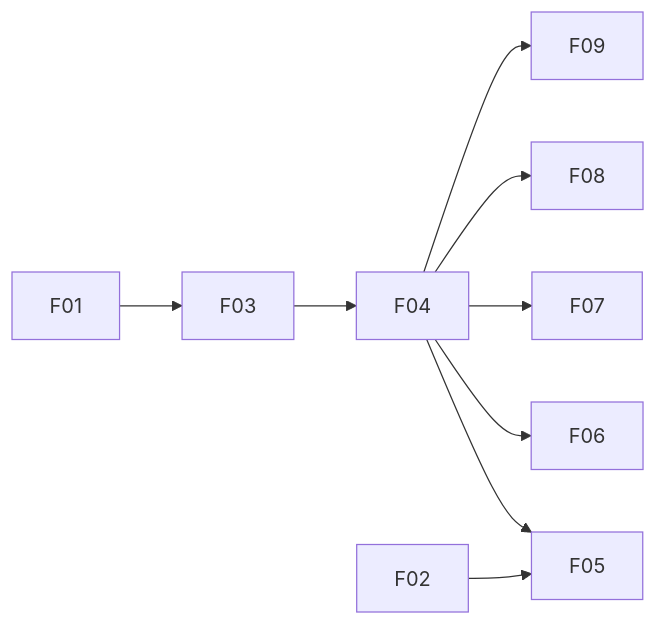
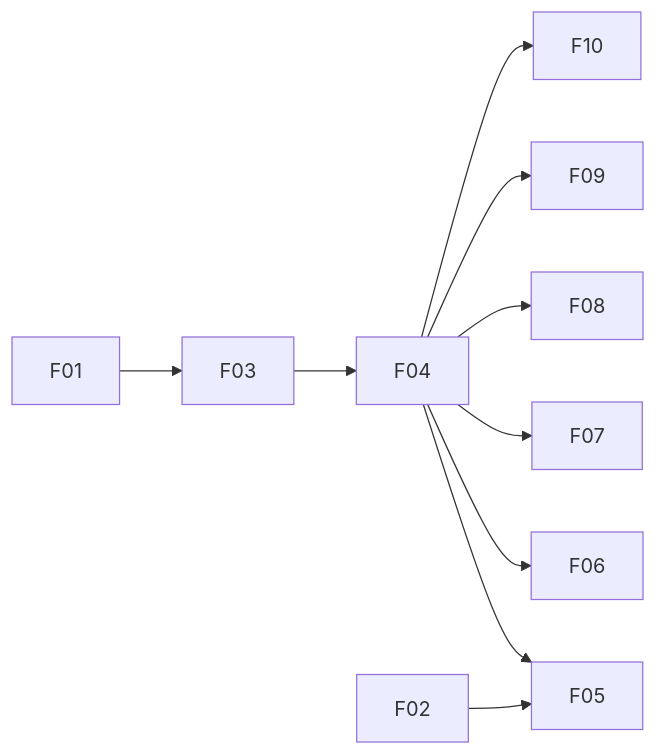
The diagram in docs/requirements.md (ZJUCao/troy-mode-trial), drawn with Mermaid before and after one commit. The commit also changed other lines of this file and 2 other files, not shown here.

````diff
--- a/docs/requirements.md
+++ b/docs/requirements.md
@@ -87,11 +92,12 @@
 ```mermaid
 flowchart LR
   F01 --> F03
   F03 --> F04
   F04 --> F05
   F02 --> F05
   F04 --> F06
   F04 --> F07
   F04 --> F08
   F04 --> F09
+  F04 --> F10
 ```
````
